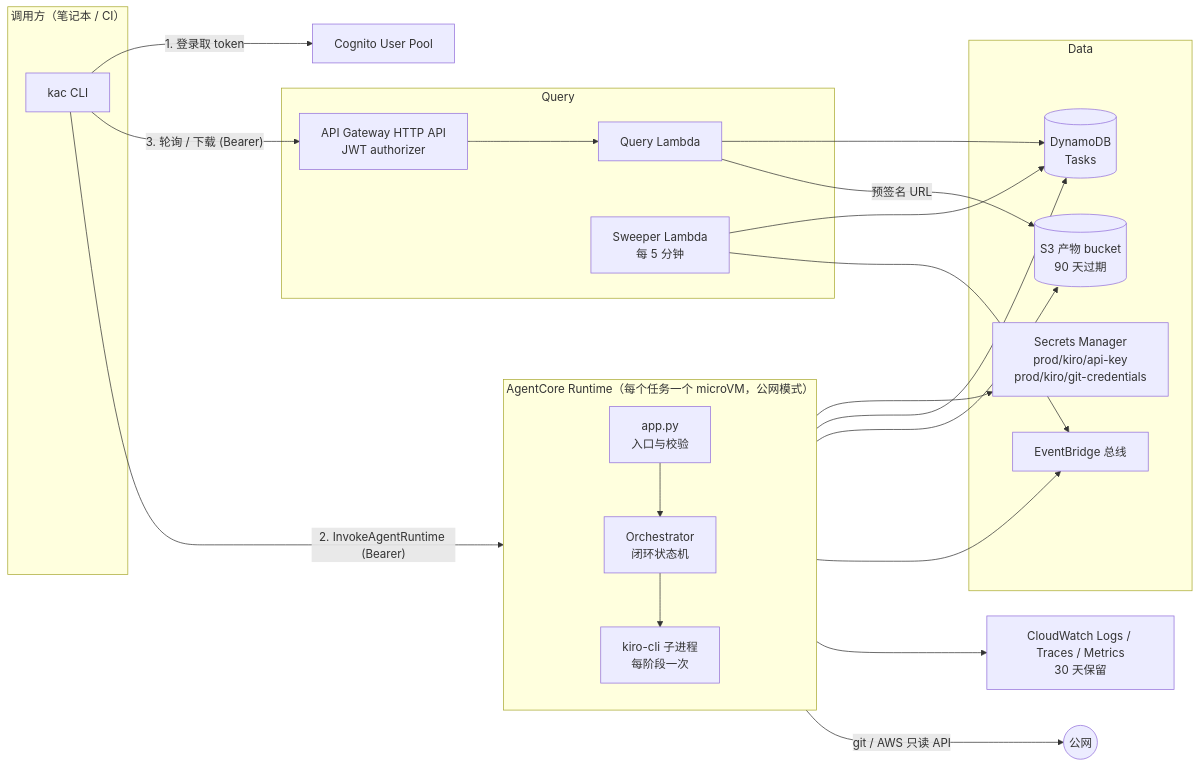
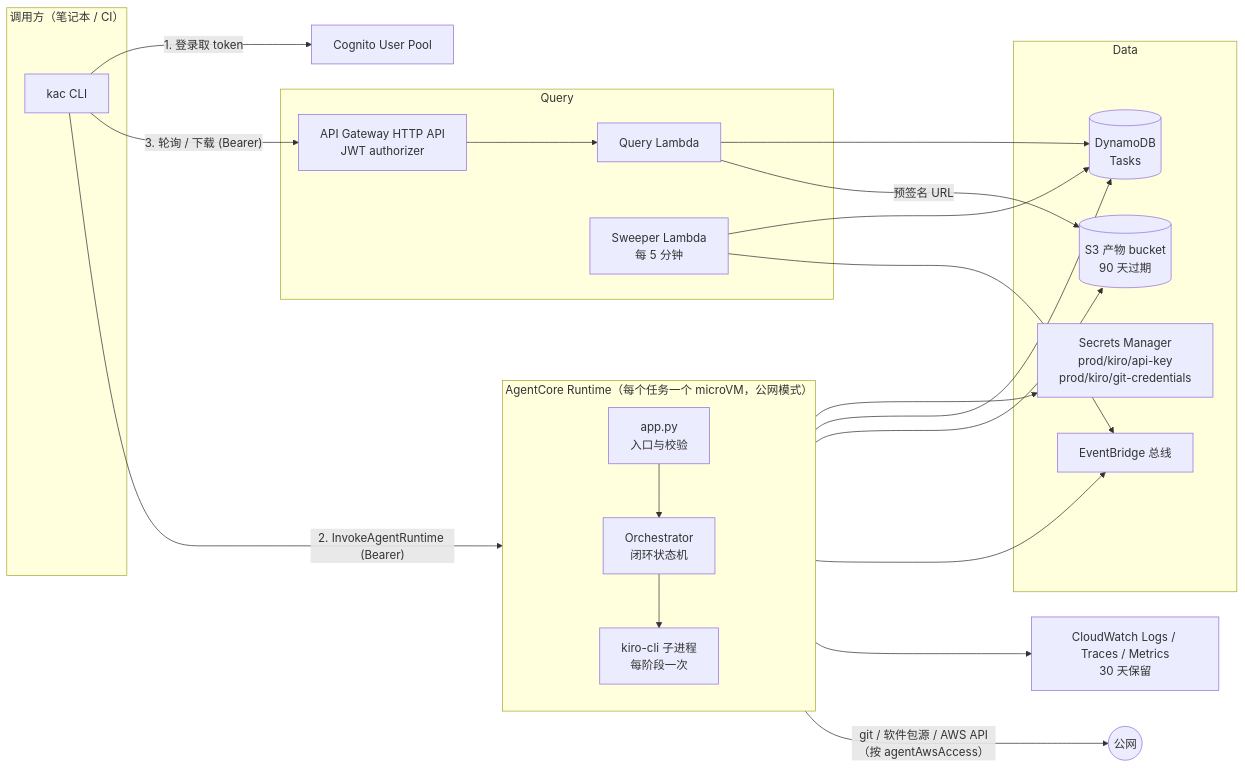
One commit to zhuangyq008/kiro-cli-on-agentcore changed the first of 4 diagrams in .kiro/specs/kiro-cli-on-agentcore/design.md. Above: the diagram before and after it, drawn with Mermaid. The commit also changed other lines of this file and 27 other files, not shown here.

````diff
--- a/.kiro/specs/kiro-cli-on-agentcore/design.md
+++ b/.kiro/specs/kiro-cli-on-agentcore/design.md
@@ -17,46 +17,46 @@
 ```mermaid
 flowchart LR
     subgraph Client["调用方（笔记本 / CI）"]
         KAC[kac CLI]
     end
 
     COG[Cognito User Pool]
 
     subgraph AgentCore["AgentCore Runtime（每个任务一个 microVM，公网模式）"]
         direction TB
         APP["app.py<br/>入口与校验"]
         ORC["Orchestrator<br/>闭环状态机"]
         KIRO["kiro-cli 子进程<br/>每阶段一次"]
         APP --> ORC --> KIRO
     end
 
     subgraph Data
         DDB[(DynamoDB<br/>Tasks)]
         S3[(S3 产物 bucket<br/>90 天过期)]
         SM["Secrets Manager<br/>prod/kiro/api-key<br/>prod/kiro/git-credentials"]
         EB[EventBridge 总线]
     end
 
     subgraph Query
         APIGW[API Gateway HTTP API<br/>JWT authorizer]
         QL[Query Lambda]
         SW[Sweeper Lambda<br/>每 5 分钟]
     end
 
     CW[CloudWatch Logs / Traces / Metrics<br/>30 天保留]
 
     KAC -- "1. 登录取 token" --> COG
     KAC -- "2. InvokeAgentRuntime (Bearer)" --> APP
     KAC -- "3. 轮询 / 下载 (Bearer)" --> APIGW
     APIGW --> QL
     QL --> DDB
     QL -- 预签名 URL --> S3
     ORC --> SM
     ORC --> DDB
     ORC --> S3
     ORC --> EB
     ORC --> CW
     SW --> DDB
     SW --> EB
-    KIRO -- "git / AWS 只读 API" --> Internet((公网))
+    KIRO -- "git / 软件包源 / AWS API（按 agentAwsAccess）" --> Internet((公网))
 ```
````
